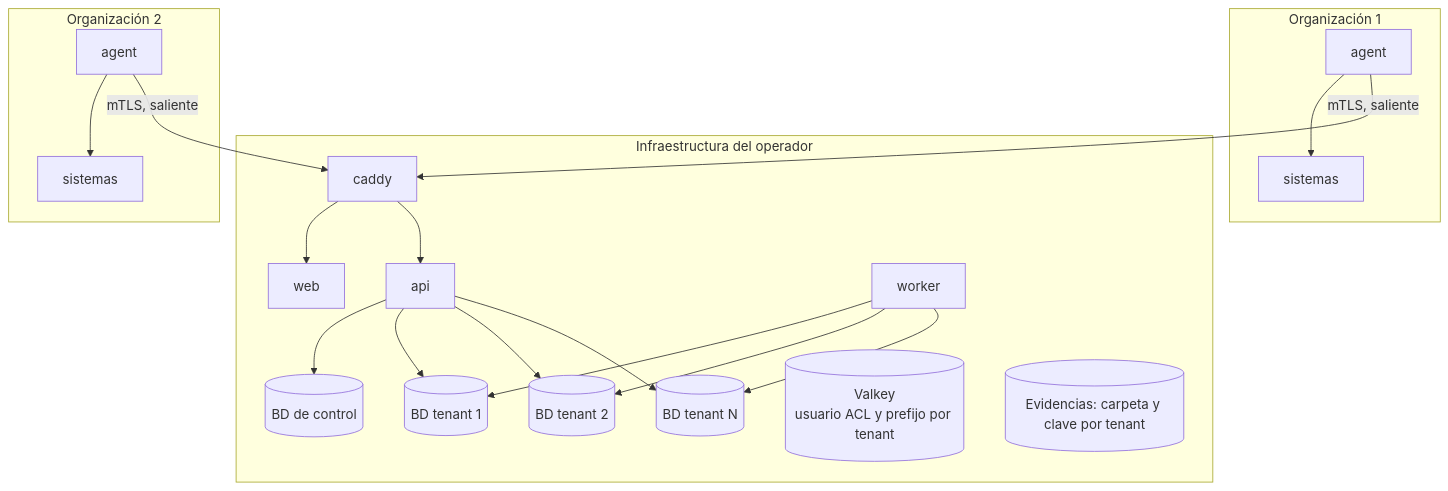
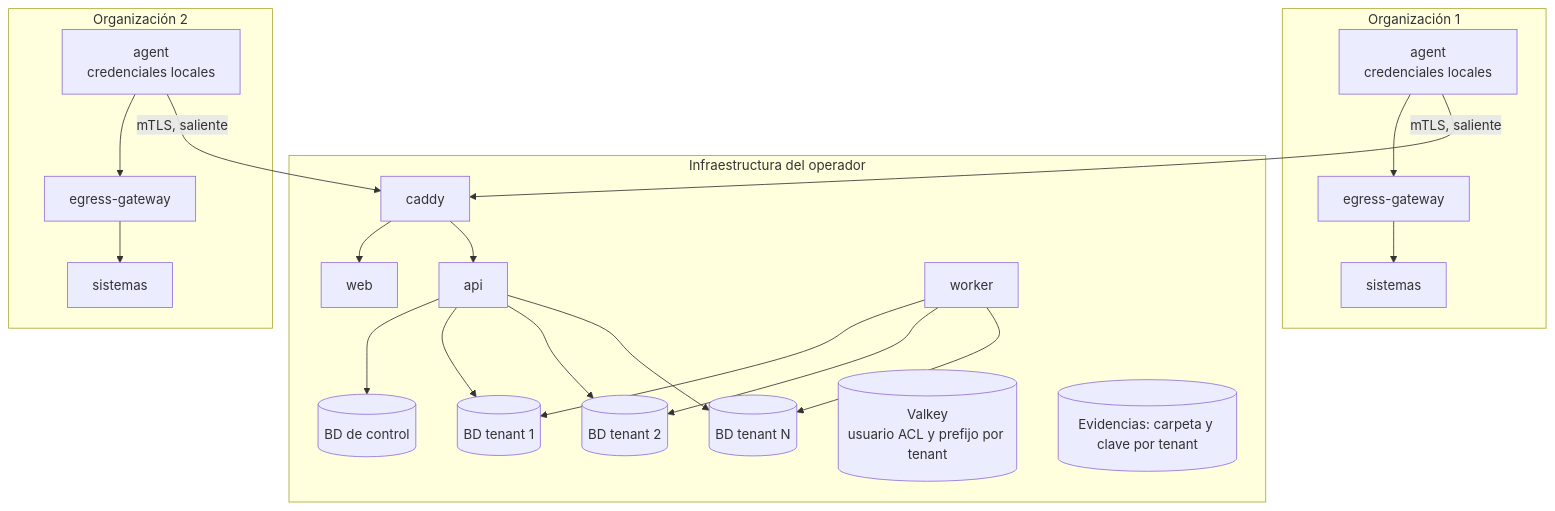
The fourth of 5 diagrams in docs/fase-0/05-arquitectura.md (alejandroeavilae-cpu/Agente_auditor_21719-), drawn with Mermaid before and after one commit. The commit also changed other lines of this file and 22 other files, not shown here.

````diff
--- a/docs/fase-0/05-arquitectura.md
+++ b/docs/fase-0/05-arquitectura.md
@@ -150,19 +152,19 @@
 ```mermaid
 flowchart TB
   subgraph infra["Infraestructura del operador"]
     caddy --> web & api
     api --> ctrl[(BD de control)]
     api --> t1[(BD tenant 1)] & t2[(BD tenant 2)] & tn[(BD tenant N)]
     worker --> t1 & t2 & tn
     valkey[(Valkey<br/>usuario ACL y prefijo por tenant)]
     fs[(Evidencias: carpeta y clave por tenant)]
   end
   subgraph org1["Organización 1"]
-    ag1[agent] --> s1[sistemas]
+    ag1[agent<br/>credenciales locales] --> eg1[egress-gateway] --> s1[sistemas]
   end
   subgraph org2["Organización 2"]
-    ag2[agent] --> s2[sistemas]
+    ag2[agent<br/>credenciales locales] --> eg2[egress-gateway] --> s2[sistemas]
   end
   ag1 -- mTLS, saliente --> caddy
   ag2 -- mTLS, saliente --> caddy
 ```
````
